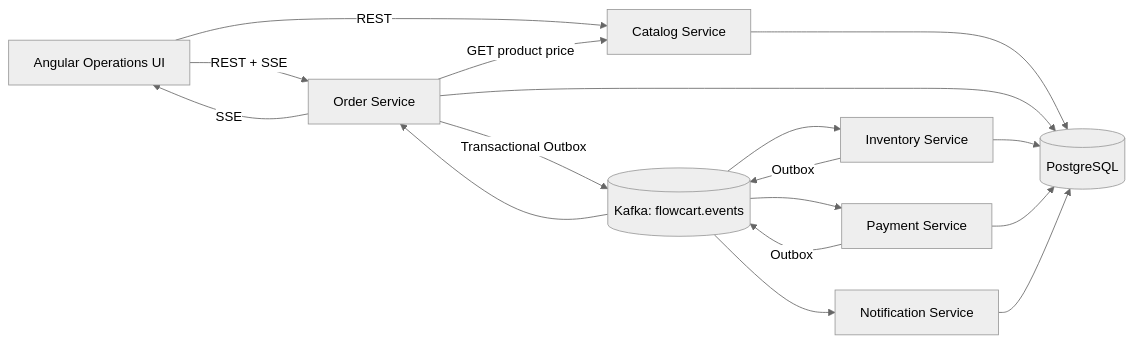
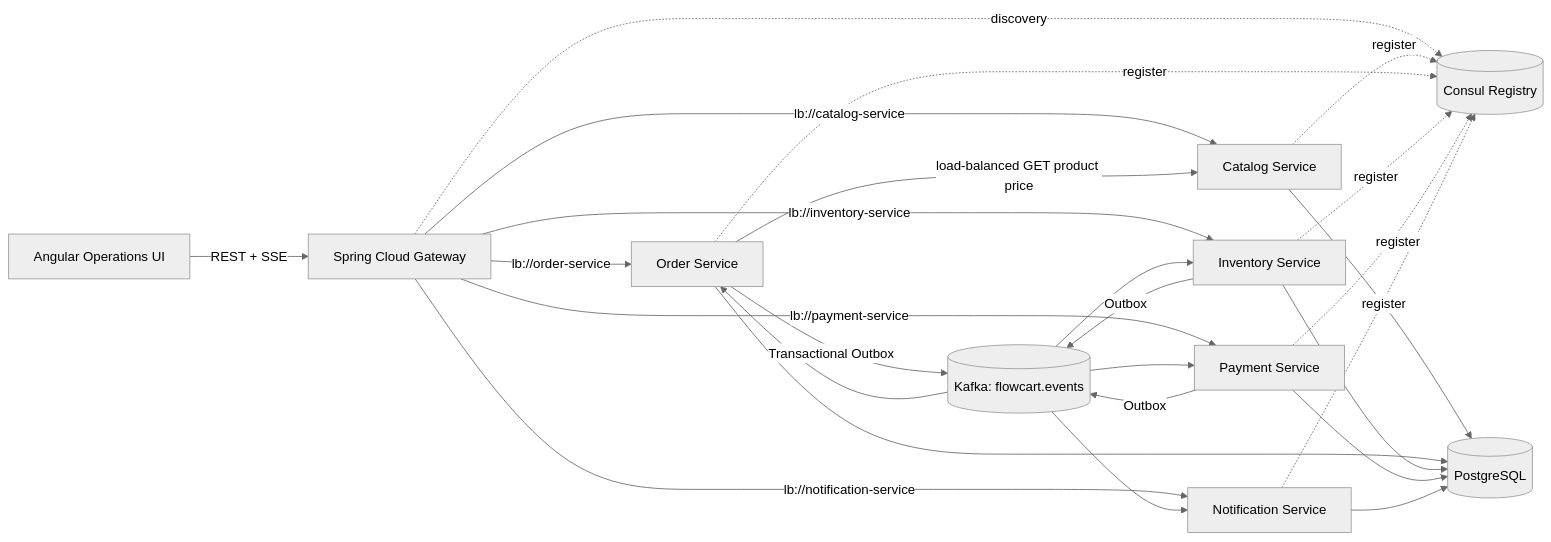
Before and after one commit to HouusamGE19/Flowcart: the first of 2 diagrams in docs/architecture.md, drawn with Mermaid (neutral theme). The commit also changed other lines of this file and 19 other files, not shown here.

Commit message:
feat: add Consul service discovery and API gateway

````diff
--- a/docs/architecture.md
+++ b/docs/architecture.md
@@ -8,20 +8,32 @@
 ```mermaid
 flowchart LR
-    UI[Angular Operations UI] -->|REST| CAT[Catalog Service]
-    UI -->|REST + SSE| ORD[Order Service]
-    ORD -->|GET product price| CAT
+    UI[Angular Operations UI] -->|REST + SSE| GW[Spring Cloud Gateway]
+    GW -->|lb://catalog-service| CAT[Catalog Service]
+    GW -->|lb://order-service| ORD[Order Service]
+    GW -->|lb://inventory-service| INV[Inventory Service]
+    GW -->|lb://payment-service| PAY[Payment Service]
+    GW -->|lb://notification-service| NOTIF[Notification Service]
+
+    CONSUL[(Consul Registry)]
+    GW -. discovery .-> CONSUL
+    CAT -. register .-> CONSUL
+    ORD -. register .-> CONSUL
+    INV -. register .-> CONSUL
+    PAY -. register .-> CONSUL
+    NOTIF -. register .-> CONSUL
+
+    ORD -->|load-balanced GET product price| CAT
     ORD -->|Transactional Outbox| K[(Kafka: flowcart.events)]
-    K --> INV[Inventory Service]
+    K --> INV
     INV -->|Outbox| K
-    K --> PAY[Payment Service]
+    K --> PAY
     PAY -->|Outbox| K
     K --> ORD
-    K --> NOTIF[Notification Service]
-    ORD -->|SSE| UI
+    K --> NOTIF
 
     CAT --> PG[(PostgreSQL)]
     ORD --> PG
     INV --> PG
     PAY --> PG
     NOTIF --> PG
 ```
````
